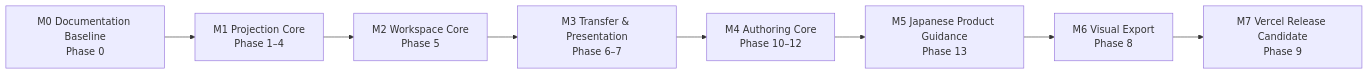
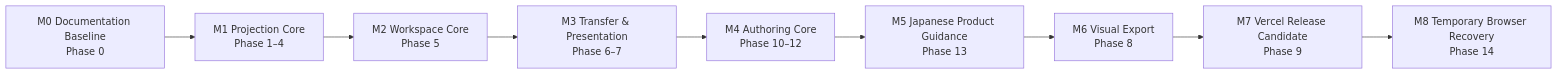
Before and after one commit to dayaa-arch/granvas: the diagram in docs/development-roadmap.md, drawn with Mermaid. The commit also changed other lines of this file and 31 other files, not shown here.

First line of the commit message:
feat: add temporary browser project recovery

````diff
--- a/docs/development-roadmap.md
+++ b/docs/development-roadmap.md
@@ -22,10 +22,11 @@
 ```mermaid
 flowchart LR
     M0["M0 Documentation Baseline<br/>Phase 0"] --> M1["M1 Projection Core<br/>Phase 1–4"]
     M1 --> M2["M2 Workspace Core<br/>Phase 5"]
     M2 --> M3["M3 Transfer & Presentation<br/>Phase 6–7"]
     M3 --> M4["M4 Authoring Core<br/>Phase 10–12"]
     M4 --> M5["M5 Japanese Product Guidance<br/>Phase 13"]
     M5 --> M6["M6 Visual Export<br/>Phase 8"]
     M6 --> M7["M7 Vercel Release Candidate<br/>Phase 9"]
+    M7 --> M8["M8 Temporary Browser Recovery<br/>Phase 14"]
 ```
````
